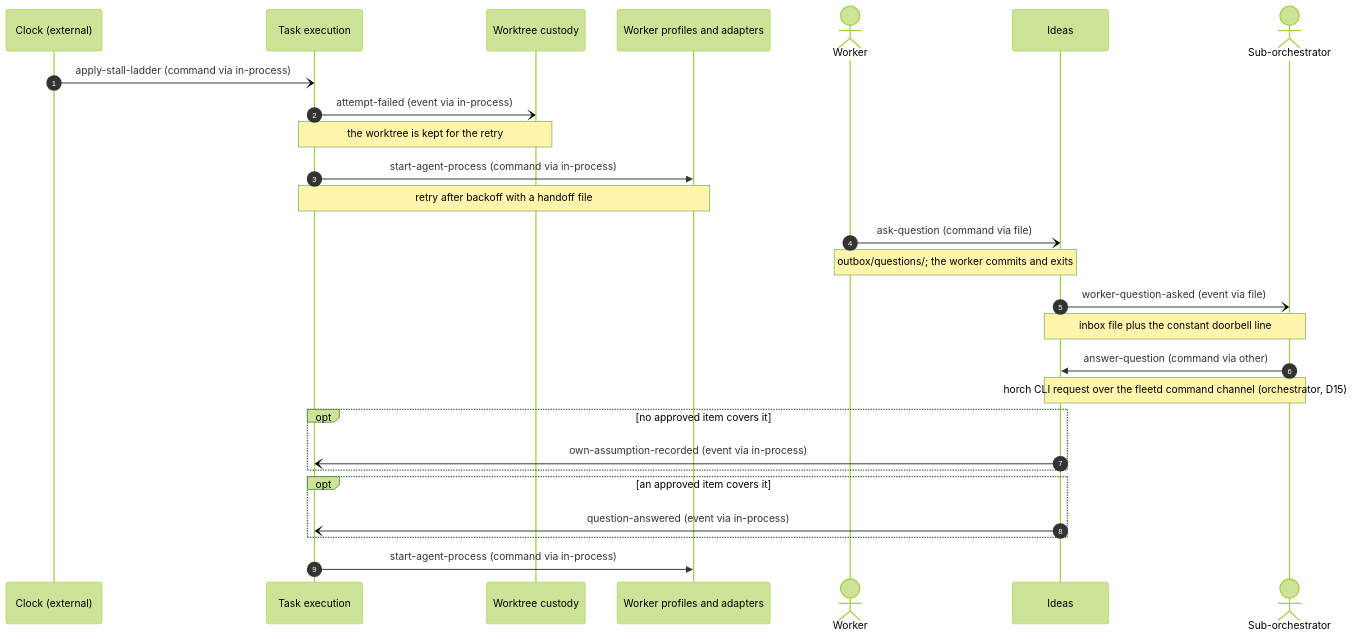
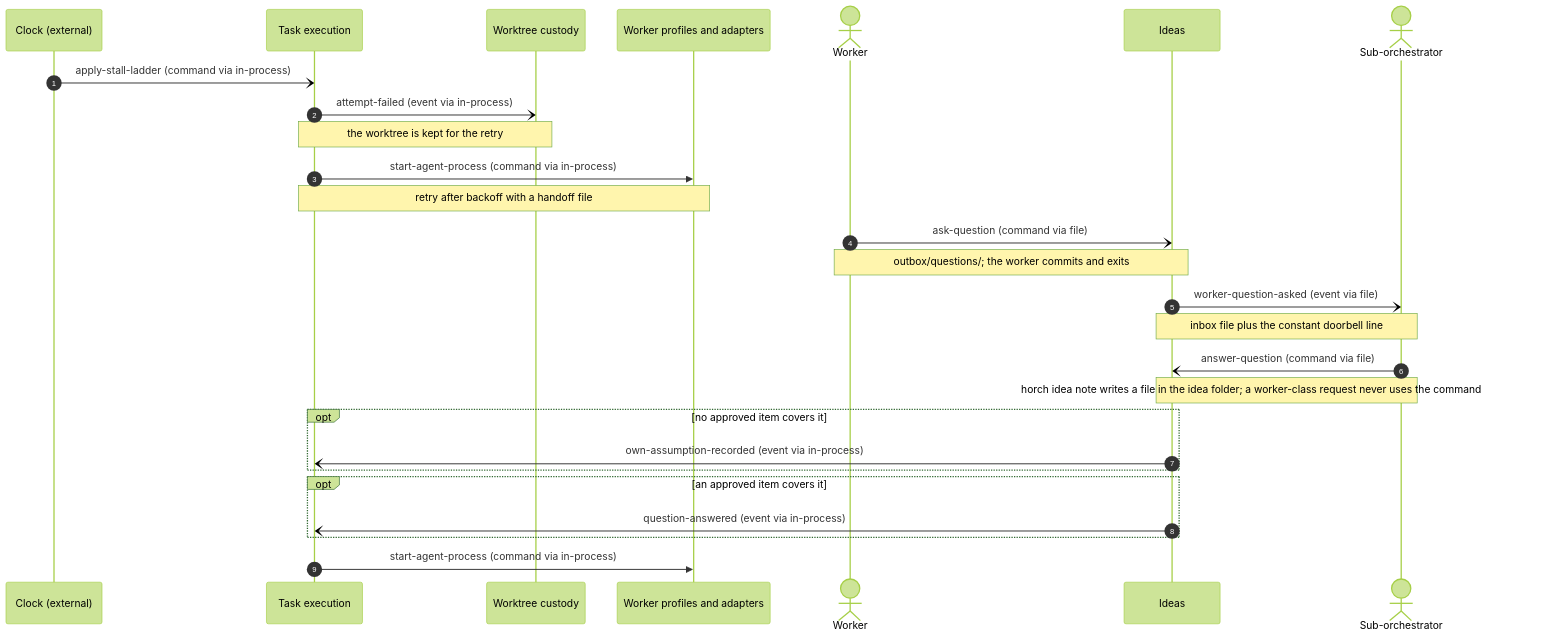
Before and after one commit to MattMakes/multi-herdr: the fifth of 14 diagrams in ddd/05-connect/message-flows.md, drawn with Mermaid (forest theme). The commit also changed other lines of this file and 19 other files, not shown here.

````diff
--- a/ddd/05-connect/message-flows.md
+++ b/ddd/05-connect/message-flows.md
@@ -194,29 +194,29 @@
 ```mermaid
 sequenceDiagram
   autonumber
   participant clock as Clock (external)
   participant task_execution as Task execution
   participant worktree_custody as Worktree custody
   participant worker_profiles as Worker profiles and adapters
   actor worker as Worker
   participant ideas as Ideas
   actor sub_orchestrator as Sub-orchestrator
   clock-)task_execution: apply-stall-ladder (command via in-process)
   task_execution-)worktree_custody: attempt-failed (event via in-process)
   Note over task_execution,worktree_custody: the worktree is kept for the retry
   task_execution->>worker_profiles: start-agent-process (command via in-process)
   Note over task_execution,worker_profiles: retry after backoff with a handoff file
   worker-)ideas: ask-question (command via file)
   Note over worker,ideas: outbox/questions/#59; the worker commits and exits
   ideas-)sub_orchestrator: worker-question-asked (event via file)
   Note over ideas,sub_orchestrator: inbox file plus the constant doorbell line
-  sub_orchestrator->>ideas: answer-question (command via other)
-  Note over sub_orchestrator,ideas: horch CLI request over the fleetd command channel (orchestrator, D15)
+  sub_orchestrator-)ideas: answer-question (command via file)
+  Note over sub_orchestrator,ideas: horch idea note writes a file in the idea folder#59; a worker-class request never uses the command channel (A35)
   opt no approved item covers it
     ideas-)task_execution: own-assumption-recorded (event via in-process)
   end
   opt an approved item covers it
     ideas-)task_execution: question-answered (event via in-process)
   end
   task_execution->>worker_profiles: start-agent-process (command via in-process)
 ```
````
